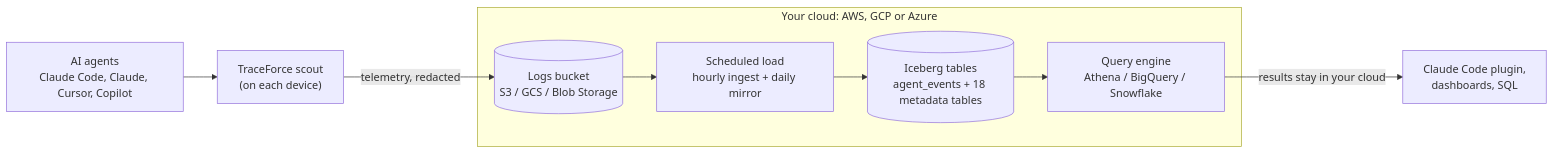
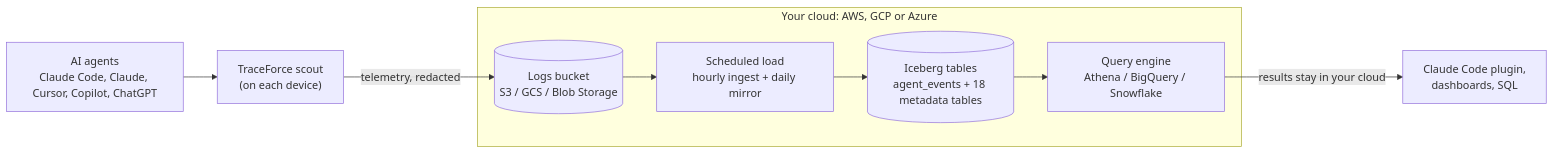
One commit to traceforce/traceforce-lakehouse changed the diagram in README.md. Above: the diagram before and after it, drawn with Mermaid. The commit also changed other lines of this file and 13 other files, not shown here.

First line of the commit message:
Document ChatGPT web history in agent_events

````diff
--- a/README.md
+++ b/README.md
@@ -28,15 +29,15 @@
 ```mermaid
 flowchart LR
-  agents["AI agents<br/>Claude Code, Claude, Cursor, Copilot"] --> scout["TraceForce scout<br/>(on each device)"]
+  agents["AI agents<br/>Claude Code, Claude, Cursor, Copilot, ChatGPT"] --> scout["TraceForce scout<br/>(on each device)"]
 
   subgraph cloud["Your cloud: AWS, GCP or Azure"]
     bucket[("Logs bucket<br/>S3 / GCS / Blob Storage")]
     load["Scheduled load<br/>hourly ingest + daily mirror"]
     tables[("Iceberg tables<br/>agent_events + 18 metadata tables")]
     engine["Query engine<br/>Athena / BigQuery / Snowflake"]
     bucket --> load --> tables --> engine
   end
 
   scout -- "telemetry, redacted" --> bucket
   engine -- "results stay in your cloud" --> you["Claude Code plugin,<br/>dashboards, SQL"]
 ```
````
